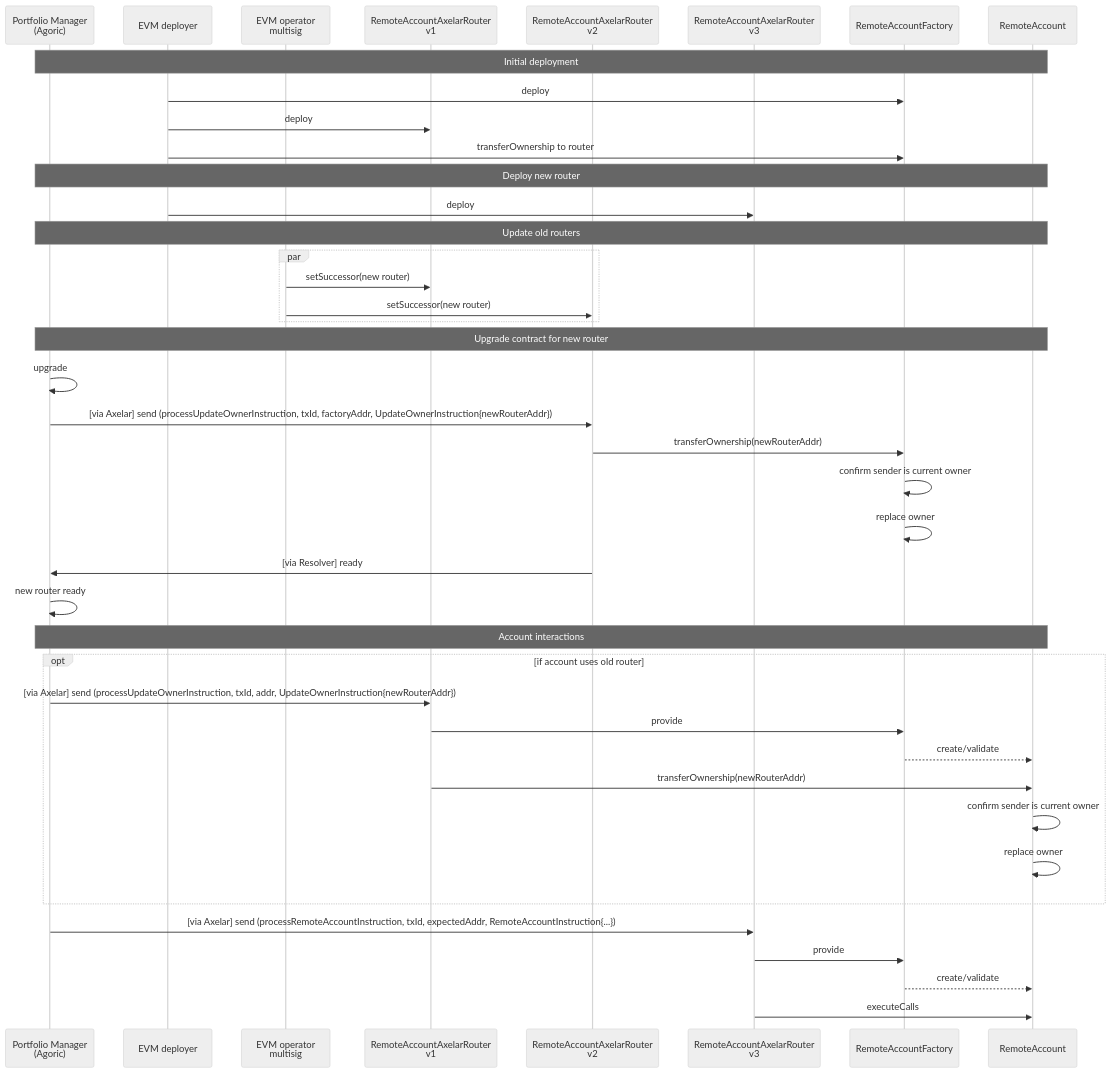
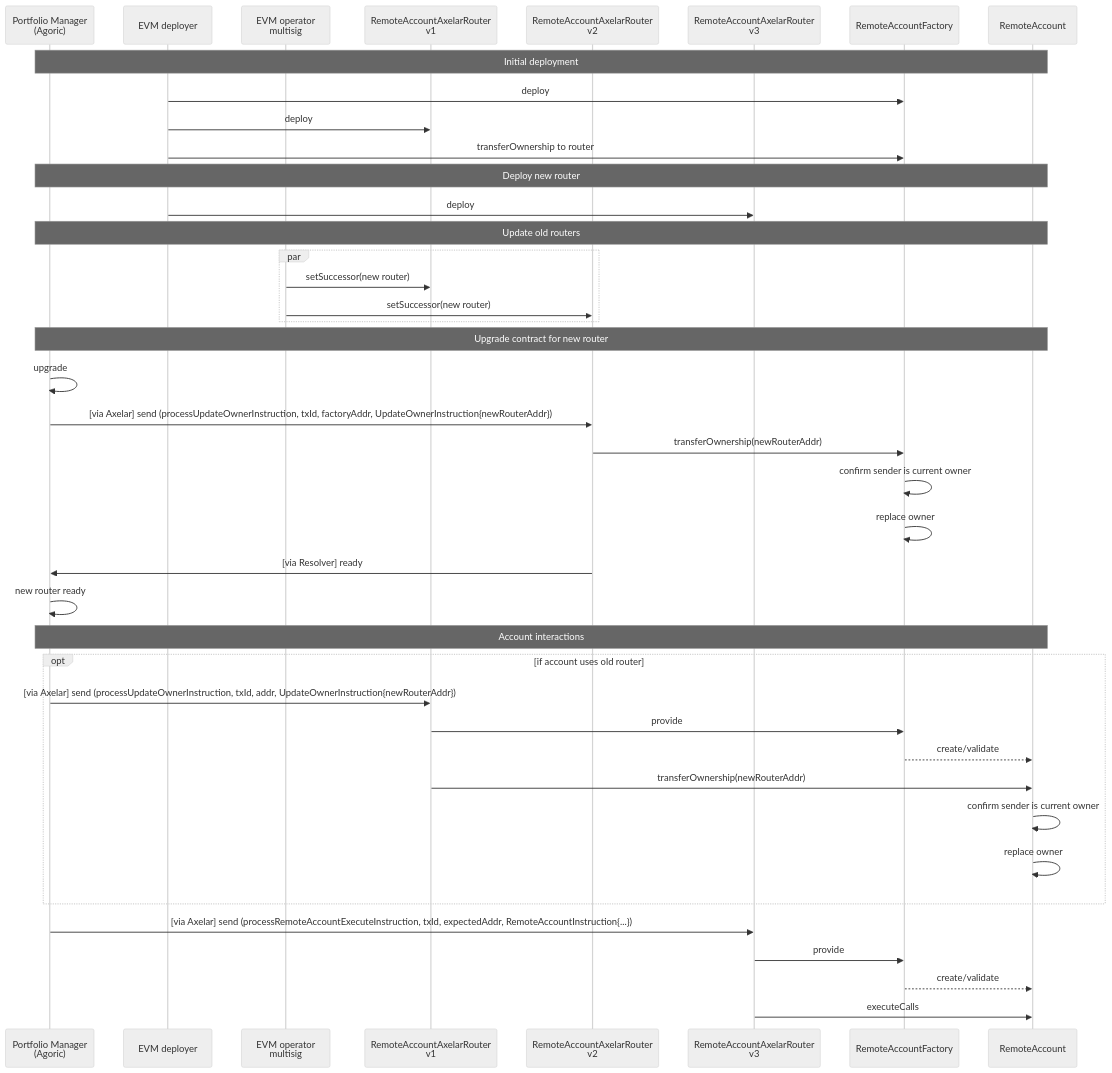
The eighth of 8 diagrams in packages/axelar-local-dev-cosmos/src/contracts/design.md (agoric-labs/agoric-to-axelar-local), drawn with Mermaid (neutral theme) before and after one commit. The commit also changed other lines of this file, not shown here.

````diff
--- a/packages/axelar-local-dev-cosmos/src/contracts/design.md
+++ b/packages/axelar-local-dev-cosmos/src/contracts/design.md
@@ -468,48 +495,48 @@
 ```mermaid
 sequenceDiagram
     participant PM as Portfolio Manager<br>(Agoric)
     participant EVM_DEPLOYER as EVM deployer
     participant EVM_OPERATOR as EVM operator<br>multisig
     participant ROUTER1 as RemoteAccountAxelarRouter<br>v1
     participant ROUTER2 as RemoteAccountAxelarRouter<br>v2
     participant ROUTERn as RemoteAccountAxelarRouter<br>v3
     participant RAF as RemoteAccountFactory
     participant RA as RemoteAccount
 
     Note over PM,RA: Initial deployment
     EVM_DEPLOYER->>RAF: deploy
     EVM_DEPLOYER->>ROUTER1: deploy
     EVM_DEPLOYER->>RAF: transferOwnership to router
 
     Note over PM,RA: Deploy new router
     EVM_DEPLOYER->>ROUTERn: deploy
 
     Note over PM,RA: Update old routers
     par
         EVM_OPERATOR->>ROUTER1: setSuccessor(new router)
         EVM_OPERATOR->>ROUTER2: setSuccessor(new router)
     end
 
     Note over PM,RA: Upgrade contract for new router
     PM->>PM: upgrade
     PM->>ROUTER2: [via Axelar] send (processUpdateOwnerInstruction, txId, factoryAddr, UpdateOwnerInstruction{newRouterAddr})
     ROUTER2->>RAF: transferOwnership(newRouterAddr)
     RAF->>RAF: confirm sender is current owner
     RAF->>RAF: replace owner
     ROUTER2->>PM: [via Resolver] ready
     PM->>PM: new router ready
     
     Note over PM,RA: Account interactions
     opt if account uses old router
         PM->>ROUTER1: [via Axelar] send (processUpdateOwnerInstruction, txId, addr, UpdateOwnerInstruction{newRouterAddr})
         ROUTER1->>RAF: provide
         RAF-->>RA: create/validate
         ROUTER1->>RA: transferOwnership(newRouterAddr)
         RA->>RA: confirm sender is current owner
         RA->>RA: replace owner
     end
-    PM->>ROUTERn: [via Axelar] send (processRemoteAccountInstruction, txId, expectedAddr, RemoteAccountInstruction{...})
+    PM->>ROUTERn: [via Axelar] send (processRemoteAccountExecuteInstruction, txId, expectedAddr, RemoteAccountInstruction{...})
     ROUTERn->>RAF: provide
     RAF-->>RA: create/validate
     ROUTERn->>RA: executeCalls
 ```
````
